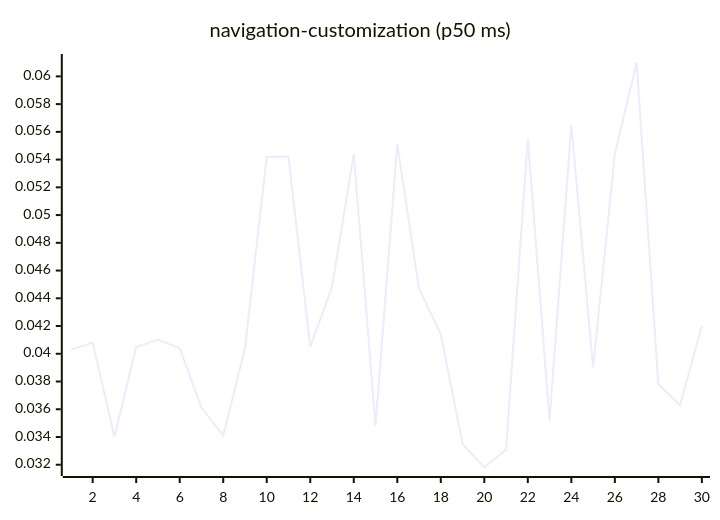
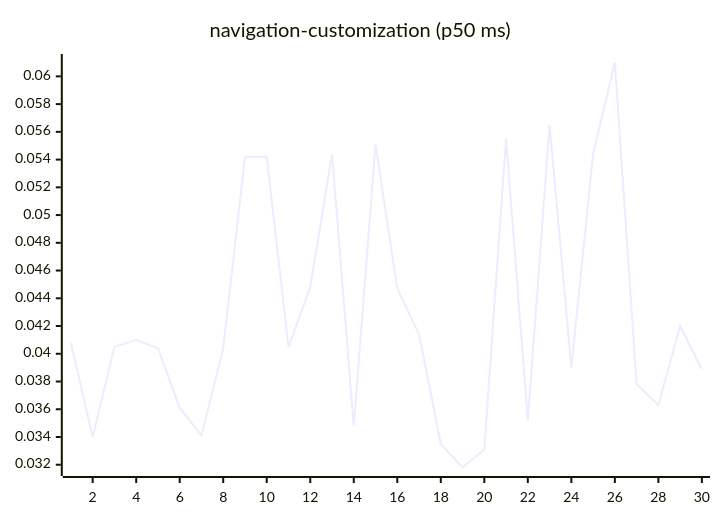
Diagram 15 of 27 in README.md (josha/Facet), drawn with Mermaid before and after one commit. The commit also changed other lines of this file and 2 other files, not shown here.

````diff
--- a/README.md
+++ b/README.md
@@ -161,6 +161,6 @@
 ```mermaid
 xychart-beta
     title "navigation-customization (p50 ms)"
     x-axis 1 --> 30
-    line [0.0403, 0.0408, 0.0340, 0.0405, 0.0410, 0.0404, 0.0361, 0.0341, 0.0404, 0.0542, 0.0542, 0.0405, 0.0448, 0.0544, 0.0348, 0.0551, 0.0447, 0.0414, 0.0335, 0.0318, 0.0331, 0.0555, 0.0352, 0.0565, 0.0390, 0.0544, 0.0610, 0.0378, 0.0363, 0.0420]
+    line [0.0408, 0.0340, 0.0405, 0.0410, 0.0404, 0.0361, 0.0341, 0.0404, 0.0542, 0.0542, 0.0405, 0.0448, 0.0544, 0.0348, 0.0551, 0.0447, 0.0414, 0.0335, 0.0318, 0.0331, 0.0555, 0.0352, 0.0565, 0.0390, 0.0544, 0.0610, 0.0378, 0.0363, 0.0420, 0.0389]
 ```
````
